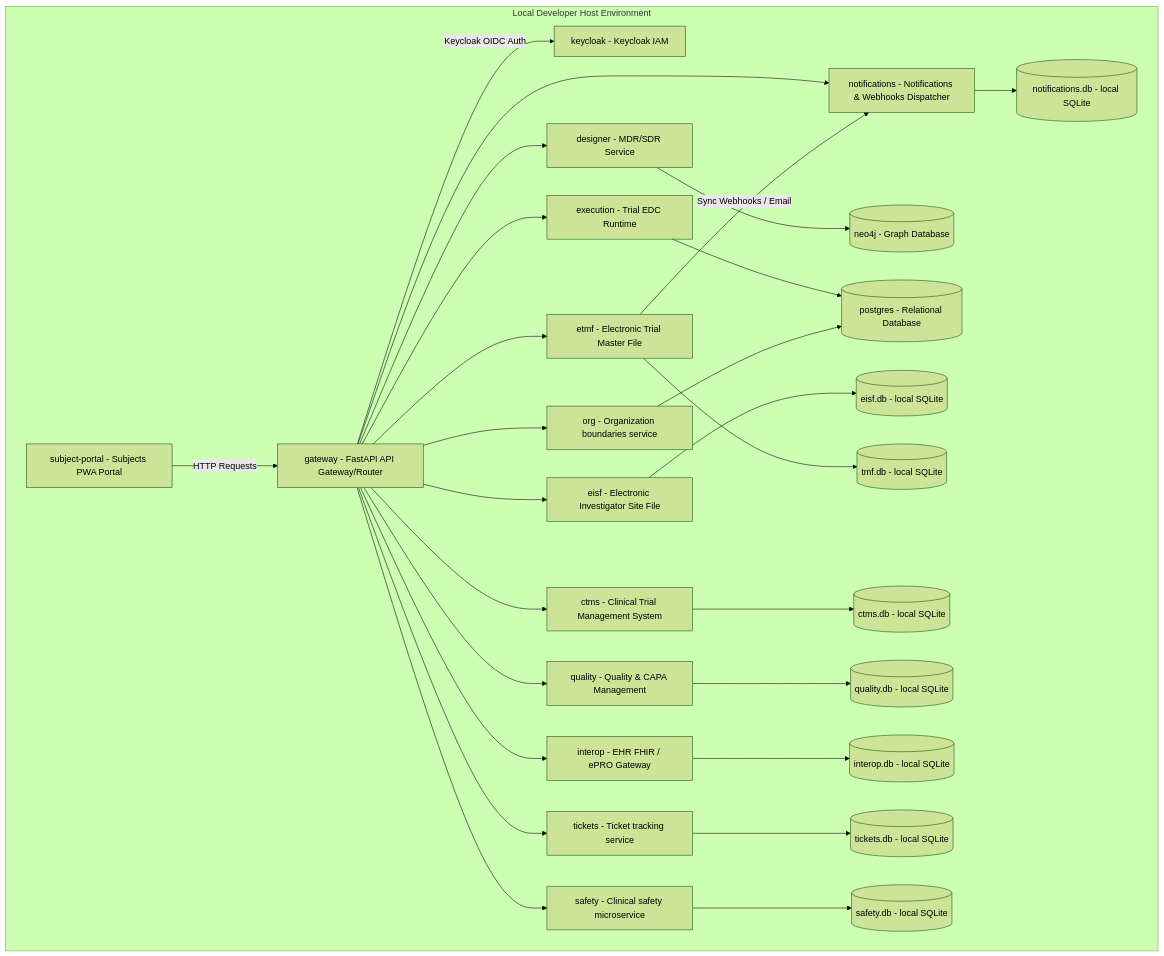
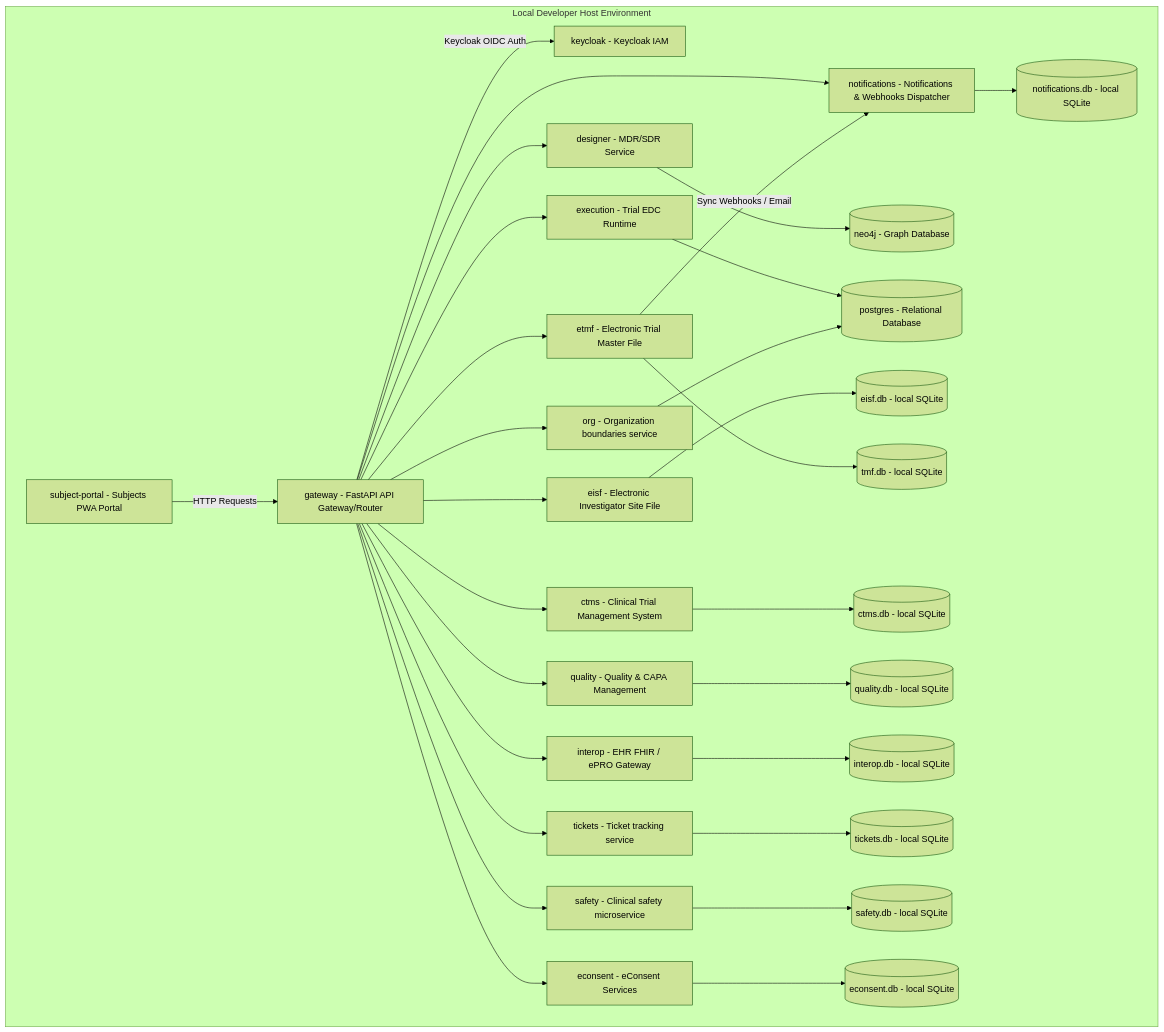
The first of 2 diagrams in ARCHITECTURE.md (fderuiter/cadence-clinical), drawn with Mermaid (forest theme) before and after one commit. The commit also changed 2 other files, not shown here.

Commit message:
docs(architecture): map active econsent services, resolve architecture drift, and touch ADR

````diff
--- a/ARCHITECTURE.md
+++ b/ARCHITECTURE.md
@@ -148,68 +148,72 @@
 ```mermaid
 flowchart TD
     subgraph Local Developer Host Environment
         subject-portal[subject-portal - Subjects PWA Portal]
         gateway[gateway - FastAPI API Gateway/Router]
         keycloak[keycloak - Keycloak IAM]
         designer[designer - MDR/SDR Service]
         execution[execution - Trial EDC Runtime]
         org[org - Organization boundaries service]
         eisf[eisf - Electronic Investigator Site File]
         etmf[etmf - Electronic Trial Master File]
         ctms[ctms - Clinical Trial Management System]
         quality[quality - Quality & CAPA Management]
         interop[interop - EHR FHIR / ePRO Gateway]
         tickets[tickets - Ticket tracking service]
         safety[safety - Clinical safety microservice]
         notifications[notifications - Notifications & Webhooks Dispatcher]
+        econsent[econsent - eConsent Services]
 
         %% Databases
         postgres[(postgres - Relational Database)]
         neo4j[(neo4j - Graph Database)]
 
         %% SQLite file boundaries
         sqlite_eisf[(eisf.db - local SQLite)]
         sqlite_etmf[(tmf.db - local SQLite)]
         sqlite_ctms[(ctms.db - local SQLite)]
         sqlite_quality[(quality.db - local SQLite)]
         sqlite_interop[(interop.db - local SQLite)]
         sqlite_tickets[(tickets.db - local SQLite)]
         sqlite_safety[(safety.db - local SQLite)]
         sqlite_notifications[(notifications.db - local SQLite)]
+        sqlite_econsent[(econsent.db - local SQLite)]
     end
 
     %% Routing Flow
     subject-portal -->|HTTP Requests| gateway
     gateway -->|Keycloak OIDC Auth| keycloak
 
     %% API Routing
     gateway --> designer
     gateway --> execution
     gateway --> org
     gateway --> eisf
     gateway --> etmf
     gateway --> ctms
     gateway --> quality
     gateway --> interop
     gateway --> tickets
     gateway --> safety
     gateway --> notifications
+    gateway --> econsent
 
     %% Shared storage connections
     designer --> neo4j
     execution --> postgres
     org --> postgres
 
     %% Individual SQLite files
     eisf --> sqlite_eisf
     etmf --> sqlite_etmf
     ctms --> sqlite_ctms
     quality --> sqlite_quality
     interop --> sqlite_interop
     tickets --> sqlite_tickets
     safety --> sqlite_safety
     notifications --> sqlite_notifications
+    econsent --> sqlite_econsent
 
     %% Inter-service events
     etmf -->|Sync Webhooks / Email| notifications
 ```
````
